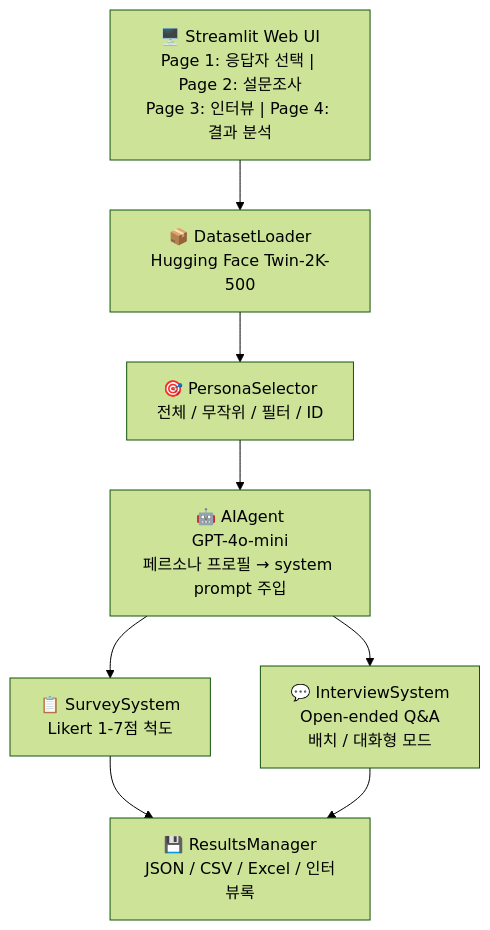
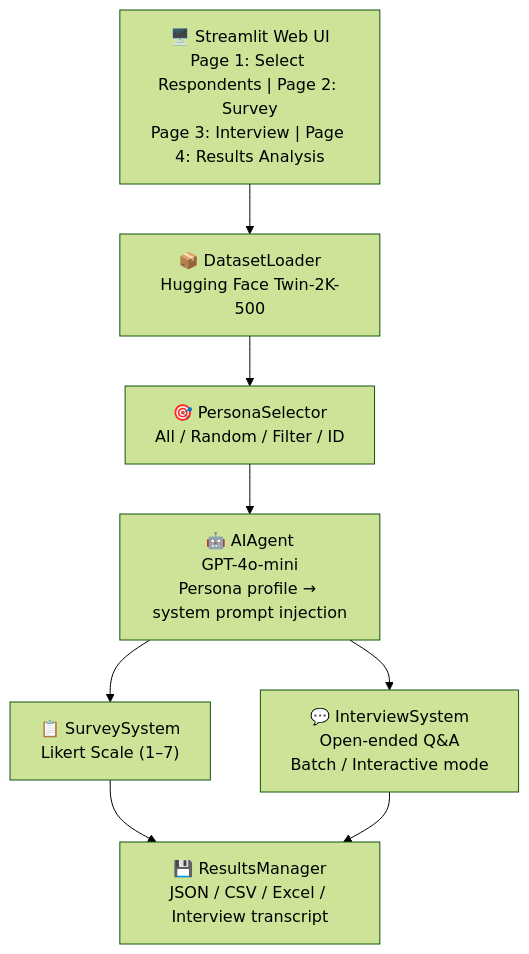
The diagram in README.md (pynoodle/llm-customer-digital-twin), drawn with Mermaid (forest theme) before and after one commit. The commit also changed other lines of this file, not shown here.

````diff
--- a/README.md
+++ b/README.md
@@ -32,18 +31,18 @@
 ```mermaid
 flowchart TD
-    UI["🖥️ Streamlit Web UI\nPage 1: 응답자 선택 | Page 2: 설문조사\nPage 3: 인터뷰 | Page 4: 결과 분석"]
+    UI["🖥️ Streamlit Web UI\nPage 1: Select Respondents | Page 2: Survey\nPage 3: Interview | Page 4: Results Analysis"]
     DS["📦 DatasetLoader\nHugging Face Twin-2K-500"]
-    PS["🎯 PersonaSelector\n전체 / 무작위 / 필터 / ID"]
-    AI["🤖 AIAgent\nGPT-4o-mini\n페르소나 프로필 → system prompt 주입"]
-    SV["📋 SurveySystem\nLikert 1-7점 척도"]
-    IV["💬 InterviewSystem\nOpen-ended Q&A\n배치 / 대화형 모드"]
-    RM["💾 ResultsManager\nJSON / CSV / Excel / 인터뷰록"]
+    PS["🎯 PersonaSelector\nAll / Random / Filter / ID"]
+    AI["🤖 AIAgent\nGPT-4o-mini\nPersona profile → system prompt injection"]
+    SV["📋 SurveySystem\nLikert Scale (1–7)"]
+    IV["💬 InterviewSystem\nOpen-ended Q&A\nBatch / Interactive mode"]
+    RM["💾 ResultsManager\nJSON / CSV / Excel / Interview transcript"]
 
     UI --> DS
     DS --> PS
     PS --> AI
     AI --> SV
     AI --> IV
     SV --> RM
     IV --> RM
 ```
````
